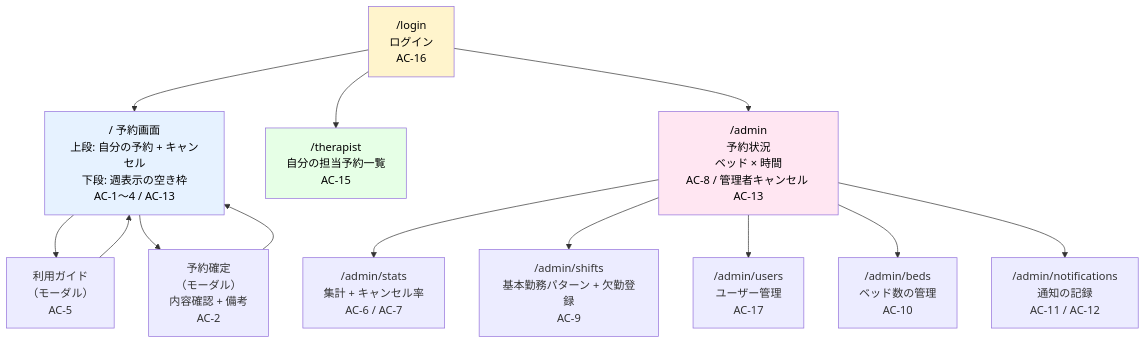
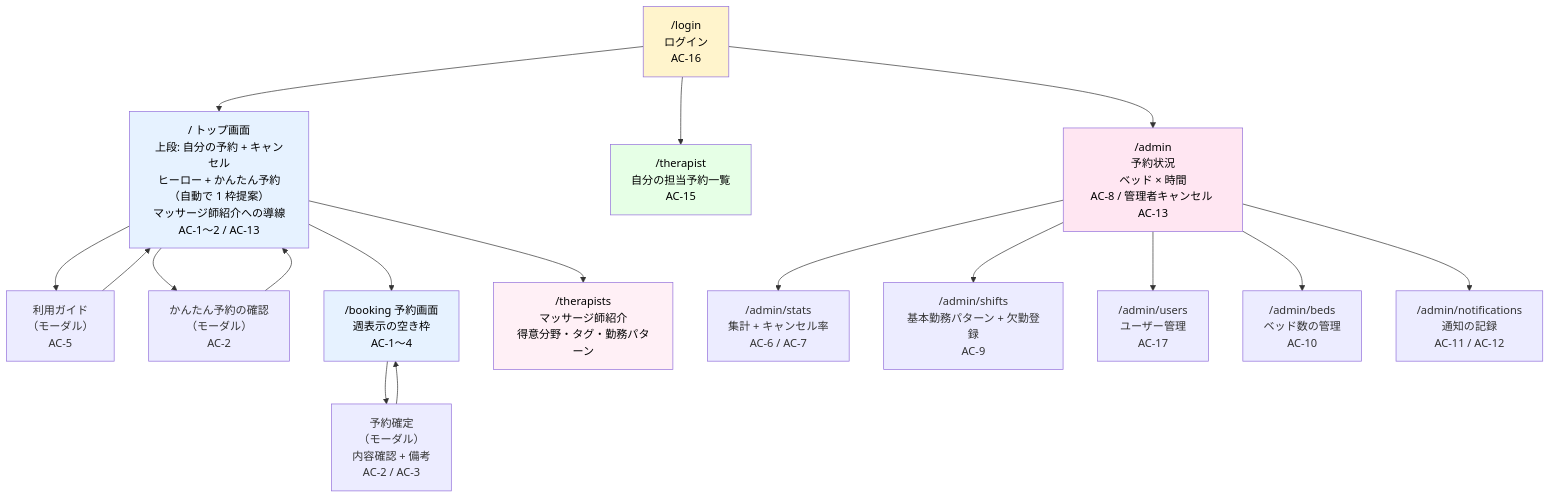
The diagram in docs/intern/diagrams/screen-flow-v2.mmd (e225721B/RefreshHub), drawn with Mermaid before and after one commit. The commit also changed 19 other files, not shown here.

```diff
--- a/docs/intern/diagrams/screen-flow-v2.mmd
+++ b/docs/intern/diagrams/screen-flow-v2.mmd
@@ -1,23 +1,31 @@
 flowchart TD
   L["/login<br/>ログイン<br/>AC-16"]
 
-  L --> B["/ 予約画面<br/>上段: 自分の予約 + キャンセル<br/>下段: 週表示の空き枠<br/>AC-1〜4 / AC-13"]
+  L --> B["/ トップ画面<br/>上段: 自分の予約 + キャンセル<br/>ヒーロー + かんたん予約（自動で 1 枠提案）<br/>マッサージ師紹介への導線<br/>AC-1〜2 / AC-13"]
 
   B --> G["利用ガイド<br/>（モーダル）<br/>AC-5"]
   G --> B
-  B --> M["予約確定<br/>（モーダル）<br/>内容確認 + 備考<br/>AC-2"]
-  M --> B
+  B --> QM["かんたん予約の確認<br/>（モーダル）<br/>AC-2"]
+  QM --> B
+
+  B --> BK["/booking 予約画面<br/>週表示の空き枠<br/>AC-1〜4"]
+  BK --> M["予約確定<br/>（モーダル）<br/>内容確認 + 備考<br/>AC-2 / AC-3"]
+  M --> BK
+
+  B --> TS["/therapists<br/>マッサージ師紹介<br/>得意分野・タグ・勤務パターン"]
 
   L --> T["/therapist<br/>自分の担当予約一覧<br/>AC-15"]
 
   L --> A["/admin<br/>予約状況<br/>ベッド × 時間<br/>AC-8 / 管理者キャンセル AC-13"]
   A --> A2["/admin/stats<br/>集計 + キャンセル率<br/>AC-6 / AC-7"]
   A --> A3["/admin/shifts<br/>基本勤務パターン + 欠勤登録<br/>AC-9"]
   A --> A4["/admin/users<br/>ユーザー管理<br/>AC-17"]
   A --> A5["/admin/beds<br/>ベッド数の管理<br/>AC-10"]
   A --> A6["/admin/notifications<br/>通知の記録<br/>AC-11 / AC-12"]
 
   style L fill:#fff4cc,color:#000000
   style B fill:#e6f2ff,color:#000000
+  style BK fill:#e6f2ff,color:#000000
+  style TS fill:#fff0f6,color:#000000
   style T fill:#e6ffe6,color:#000000
   style A fill:#ffe6f2,color:#000000
```
